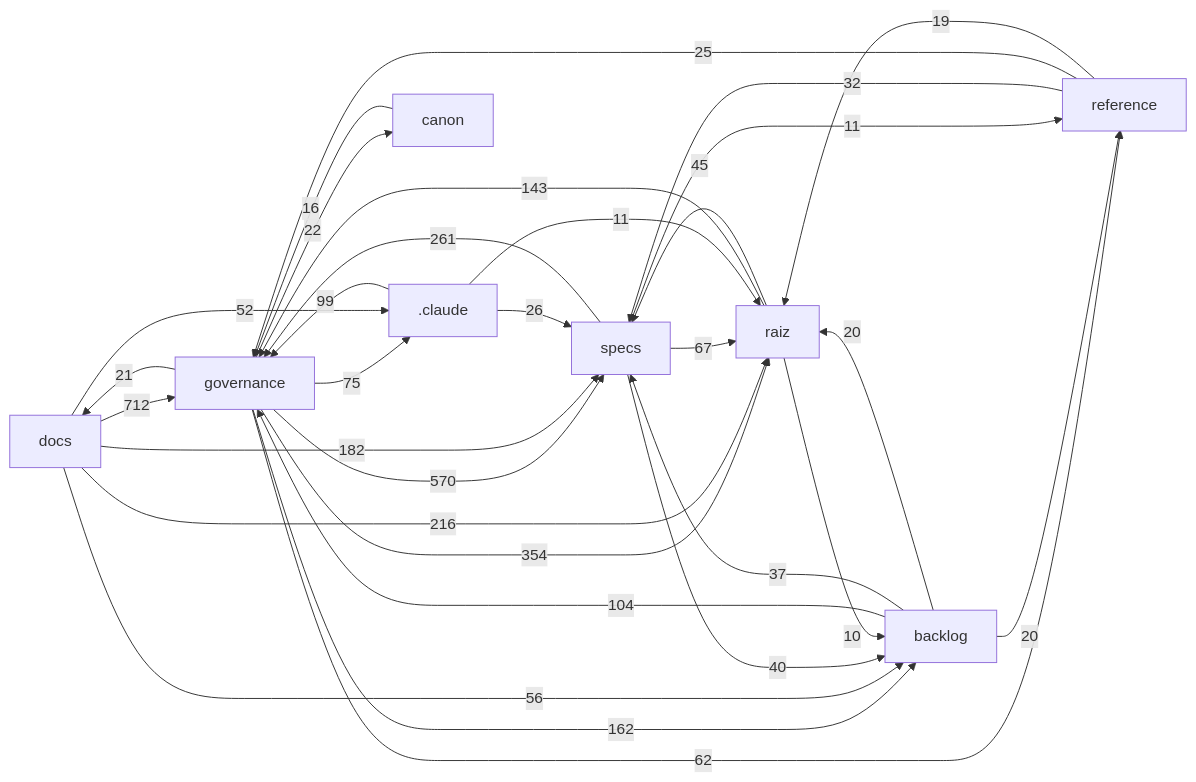
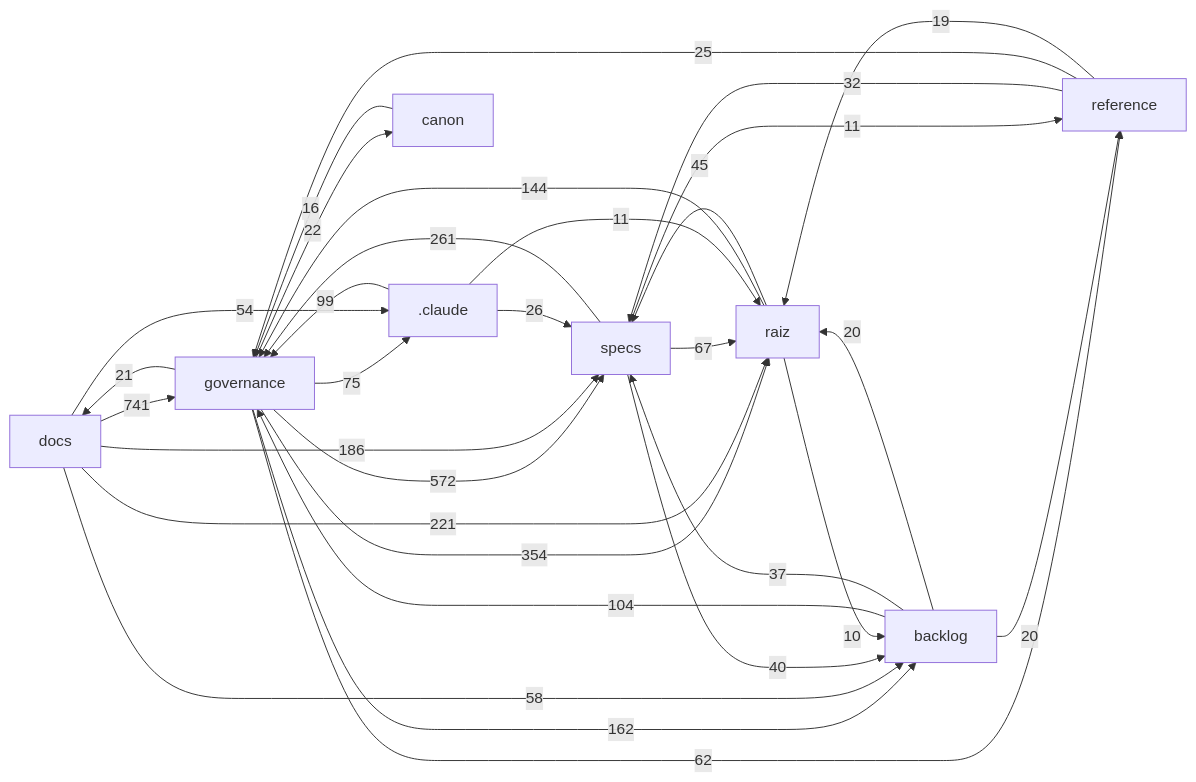
The diagram in docs/mapa/MAPA-PROJETO.md (Andraus35/Sistema-Operacional-de-Trading--SOT), drawn with Mermaid before and after one commit. The commit also changed other lines of this file and 4 other files, not shown here.

````diff
--- a/docs/mapa/MAPA-PROJETO.md
+++ b/docs/mapa/MAPA-PROJETO.md
@@ -29,33 +29,33 @@
 ```mermaid
 flowchart LR
-  docs["docs"] -->|712| governance["governance"]
-  governance["governance"] -->|570| specs["specs"]
+  docs["docs"] -->|741| governance["governance"]
+  governance["governance"] -->|572| specs["specs"]
   governance["governance"] -->|354| raiz["raiz"]
   specs["specs"] -->|261| governance["governance"]
-  docs["docs"] -->|216| raiz["raiz"]
-  docs["docs"] -->|182| specs["specs"]
+  docs["docs"] -->|221| raiz["raiz"]
+  docs["docs"] -->|186| specs["specs"]
   governance["governance"] -->|162| backlog["backlog"]
-  raiz["raiz"] -->|143| governance["governance"]
+  raiz["raiz"] -->|144| governance["governance"]
   backlog["backlog"] -->|104| governance["governance"]
   _claude[".claude"] -->|99| governance["governance"]
   governance["governance"] -->|75| _claude[".claude"]
   specs["specs"] -->|67| raiz["raiz"]
   governance["governance"] -->|62| reference["reference"]
-  docs["docs"] -->|56| backlog["backlog"]
-  docs["docs"] -->|52| _claude[".claude"]
+  docs["docs"] -->|58| backlog["backlog"]
+  docs["docs"] -->|54| _claude[".claude"]
   raiz["raiz"] -->|45| specs["specs"]
   specs["specs"] -->|40| backlog["backlog"]
   backlog["backlog"] -->|37| specs["specs"]
   reference["reference"] -->|32| specs["specs"]
   _claude[".claude"] -->|26| specs["specs"]
   reference["reference"] -->|25| governance["governance"]
   governance["governance"] -->|22| canon["canon"]
   governance["governance"] -->|21| docs["docs"]
   backlog["backlog"] -->|20| raiz["raiz"]
   backlog["backlog"] -->|20| reference["reference"]
   reference["reference"] -->|19| raiz["raiz"]
   canon["canon"] -->|16| governance["governance"]
   _claude[".claude"] -->|11| raiz["raiz"]
   specs["specs"] -->|11| reference["reference"]
   raiz["raiz"] -->|10| backlog["backlog"]
 ```
````
